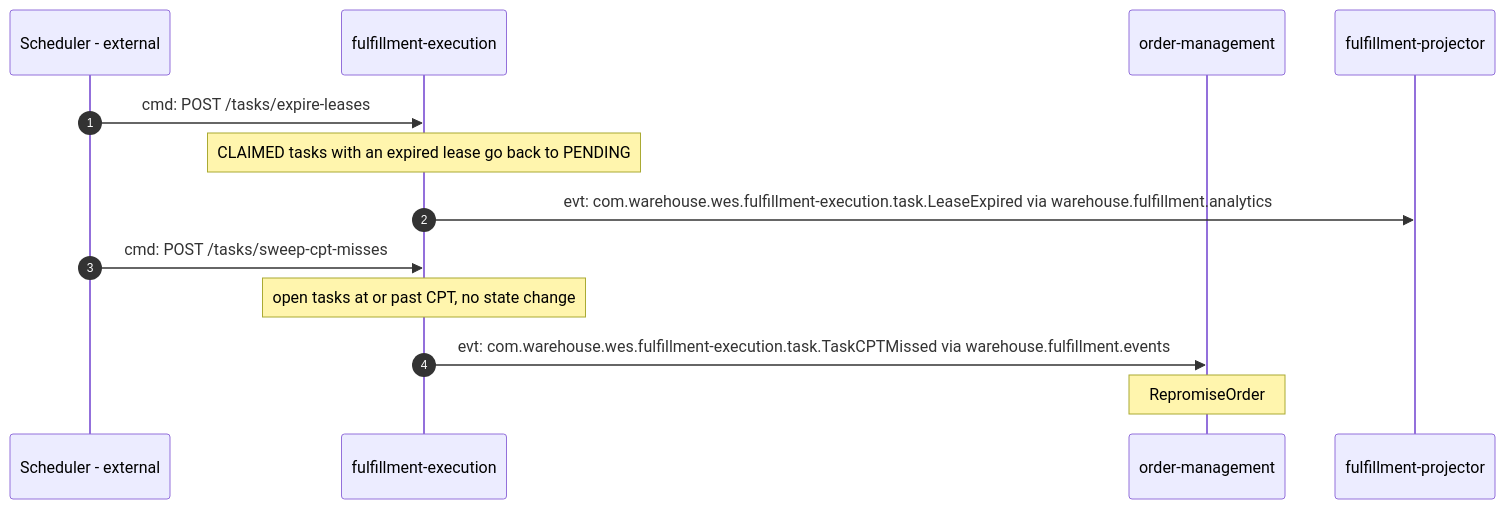
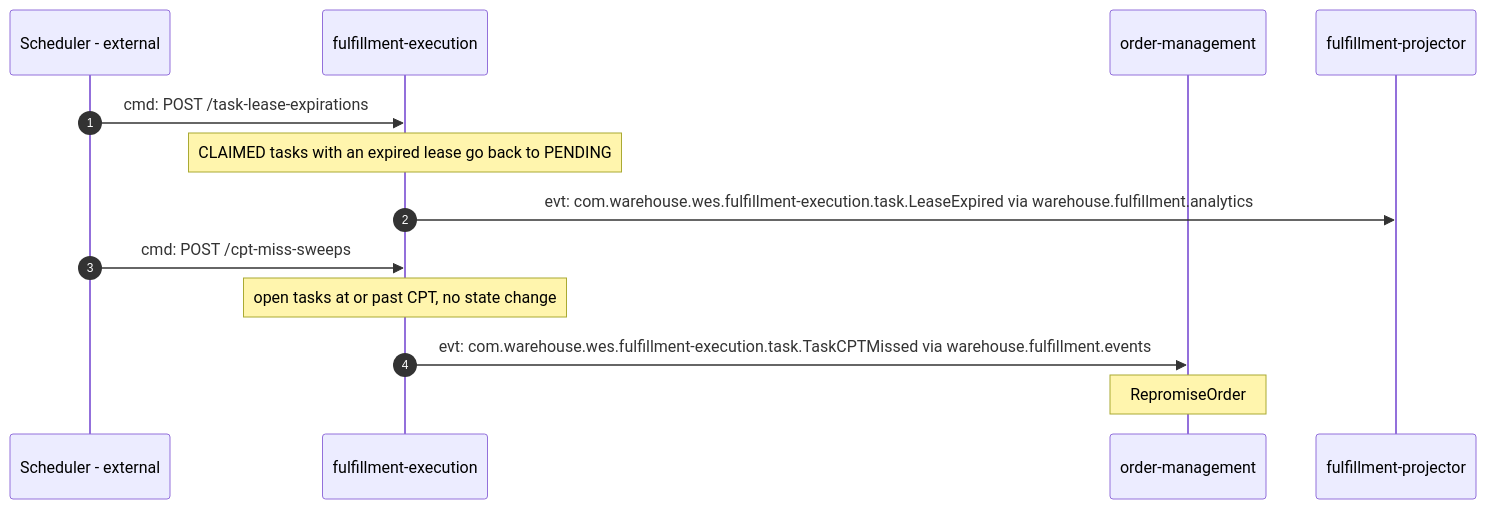
The third of 4 diagrams in docs/contexts/fulfillment-execution/domain-message-flow.md (IQVO/warehouse-docs), drawn with Mermaid before and after one commit. The commit also changed other lines of this file and 272 other files, not shown here.

````diff
--- a/docs/contexts/fulfillment-execution/domain-message-flow.md
+++ b/docs/contexts/fulfillment-execution/domain-message-flow.md
@@ -102,15 +102,15 @@
 ```mermaid
 sequenceDiagram
     autonumber
     participant SCH as Scheduler - external
     participant FE as fulfillment-execution
     participant OM as order-management
     participant AN as fulfillment-projector
-    SCH->>FE: cmd: POST /tasks/expire-leases
+    SCH->>FE: cmd: POST /task-lease-expirations
     Note over FE: CLAIMED tasks with an expired lease go back to PENDING
     FE->>AN: evt: com.warehouse.wes.fulfillment-execution.task.LeaseExpired via warehouse.fulfillment.analytics
-    SCH->>FE: cmd: POST /tasks/sweep-cpt-misses
+    SCH->>FE: cmd: POST /cpt-miss-sweeps
     Note over FE: open tasks at or past CPT, no state change
     FE->>OM: evt: com.warehouse.wes.fulfillment-execution.task.TaskCPTMissed via warehouse.fulfillment.events
     Note over OM: RepromiseOrder
 ```
````
